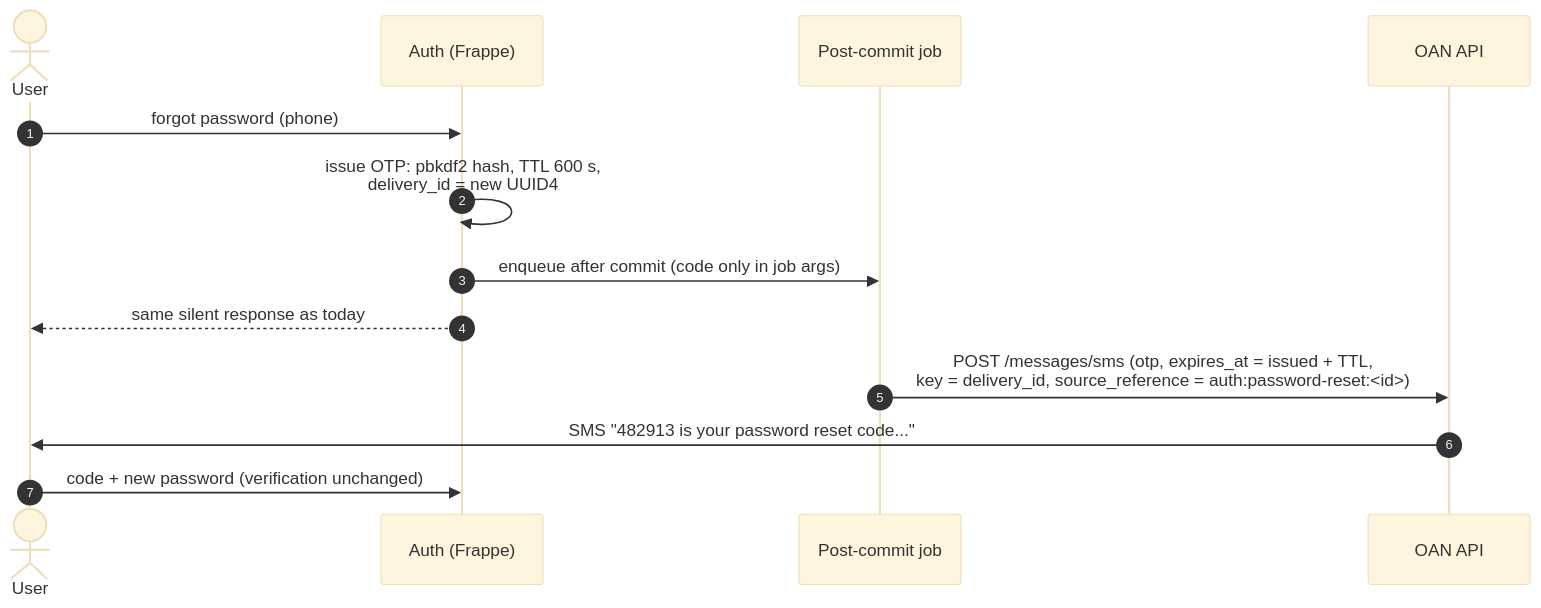
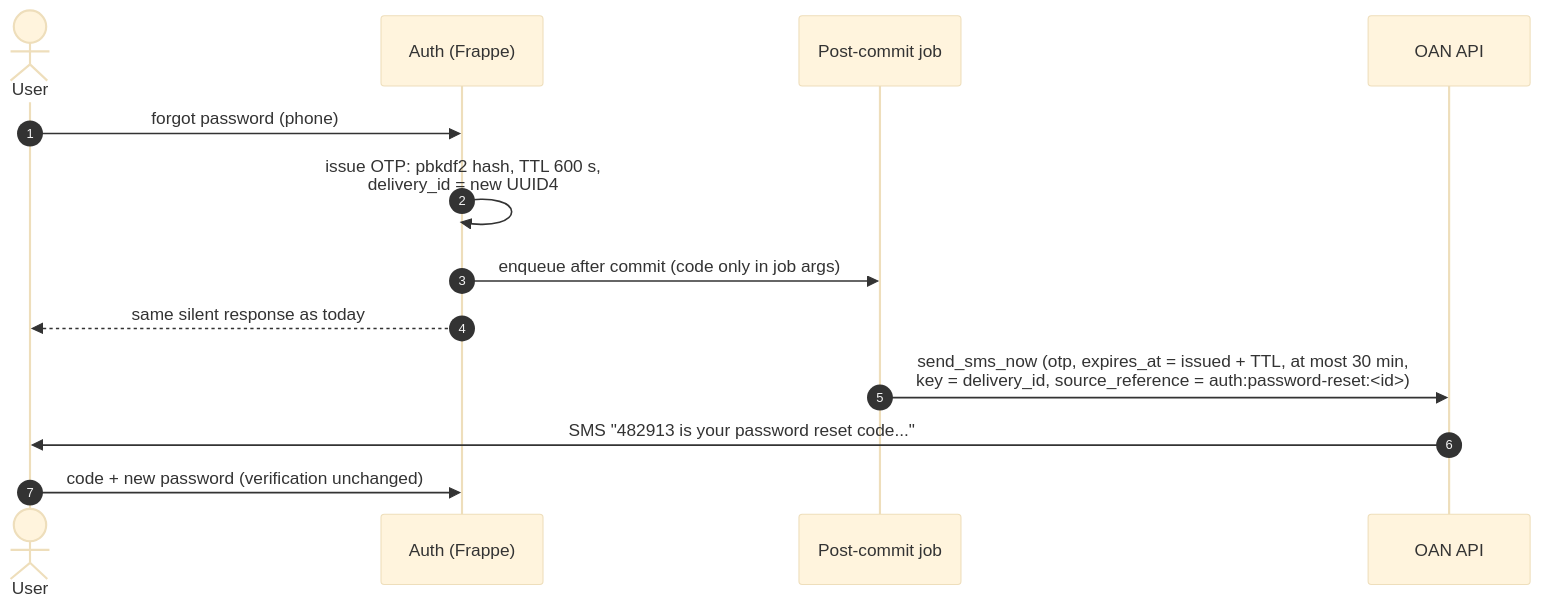
One commit to Centre-for-Open-Societal-Systems/oan_messaging_service changed the diagram in docs/handoff/diagrams/14-auth.mmd. Above: the diagram before and after it, drawn with Mermaid (base theme). The commit also changed 56 other files, not shown here.

```diff
--- a/docs/handoff/diagrams/14-auth.mmd
+++ b/docs/handoff/diagrams/14-auth.mmd
@@ -1,14 +1,14 @@
 %% Auth: password reset by SMS (OTP) - no stored text
 sequenceDiagram
   autonumber
   actor U as User
   participant A as Auth (Frappe)
   participant J as Post-commit job
   participant OAN as OAN API
   U->>A: forgot password (phone)
   A->>A: issue OTP: pbkdf2 hash, TTL 600 s,<br/>delivery_id = new UUID4
   A->>J: enqueue after commit (code only in job args)
   A-->>U: same silent response as today
-  J->>OAN: POST /messages/sms (otp, expires_at = issued + TTL,<br/>key = delivery_id, source_reference = auth:password-reset:<id>)
+  J->>OAN: send_sms_now (otp, expires_at = issued + TTL, at most 30 min,<br/>key = delivery_id, source_reference = auth:password-reset:<id>)
   OAN->>U: SMS "482913 is your password reset code..."
   U->>A: code + new password (verification unchanged)
```
